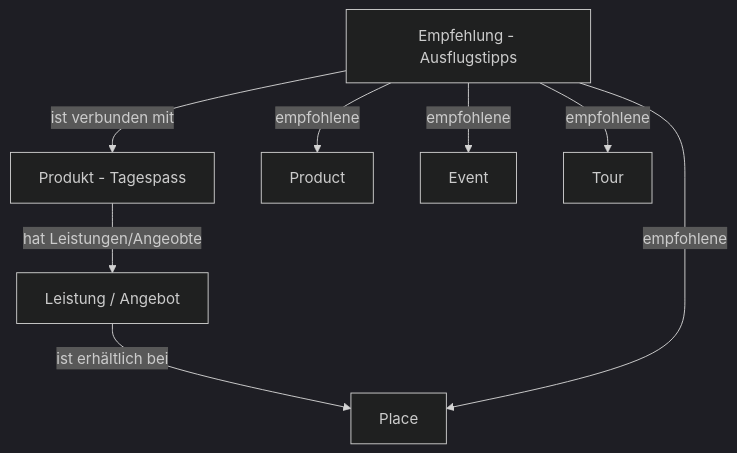
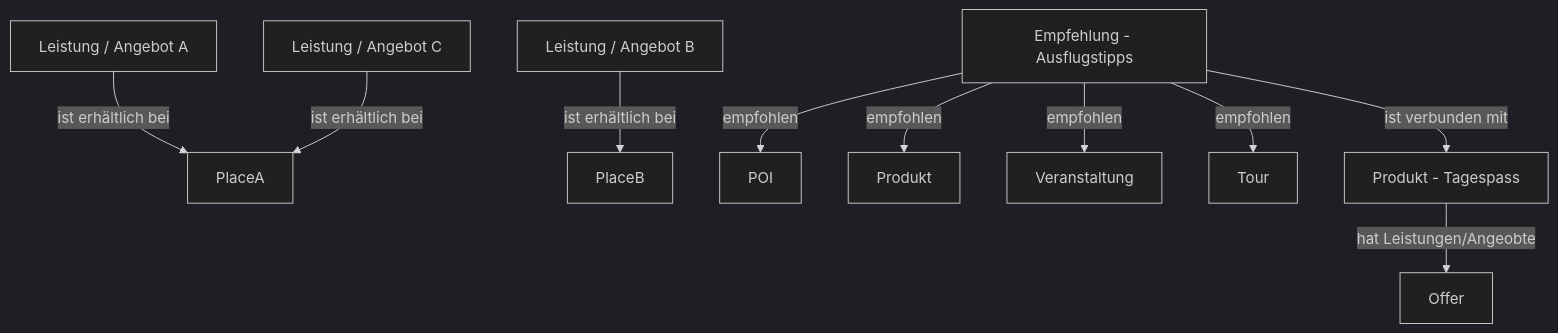
One commit to tsolenthaler/docs.contentdesk.io changed the first of 3 diagrams in docs/dev/projects/glarnerlandApp.md. Above: the diagram before and after it, drawn with Mermaid (dark theme).

Commit message:
Refactor schema and update relationships in glarnerlandApp.md

````diff
--- a/docs/dev/projects/glarnerlandApp.md
+++ b/docs/dev/projects/glarnerlandApp.md
@@ -12,14 +12,18 @@
 ``` mermaid
 graph TD
     Tagespass[Produkt - Tagespass]
     Tagespass -->|hat Leistungen/Angeobte|Offer
-    Offer[Leistung / Angebot]
-    Offer -->|ist erhältlich bei|Place
+    OfferA[Leistung / Angebot A]
+    OfferA -->|ist erhältlich bei|PlaceA
+    OfferB[Leistung / Angebot B]
+    OfferB -->|ist erhältlich bei|PlaceB
+    OfferC[Leistung / Angebot C]
+    OfferC -->|ist erhältlich bei|PlaceA
 
-    Recommendation[Empfehlung - Ausflugstipps] -->|empfohlene|Place
-    Recommendation[Empfehlung - Ausflugstipps] -->|empfohlene|Product
-    Recommendation[Empfehlung - Ausflugstipps] -->|empfohlene|Event
-    Recommendation[Empfehlung - Ausflugstipps] -->|empfohlene|Tour
+    Recommendation[Empfehlung - Ausflugstipps] -->|empfohlen|Place[POI]
+    Recommendation[Empfehlung - Ausflugstipps] -->|empfohlen|Product[Produkt]
+    Recommendation[Empfehlung - Ausflugstipps] -->|empfohlen|Event[Veranstaltung]
+    Recommendation[Empfehlung - Ausflugstipps] -->|empfohlen|Tour
     Recommendation -->|ist verbunden mit|Tagespass
     
 ```
````
